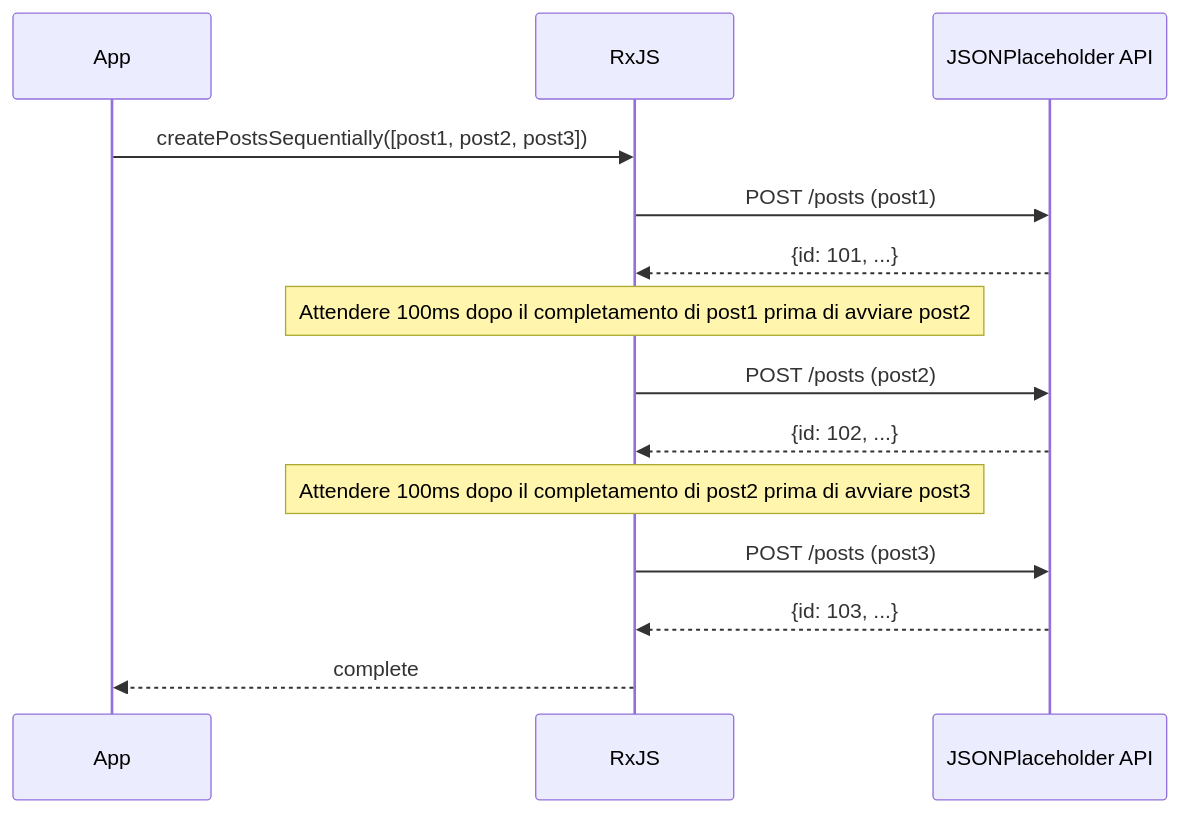
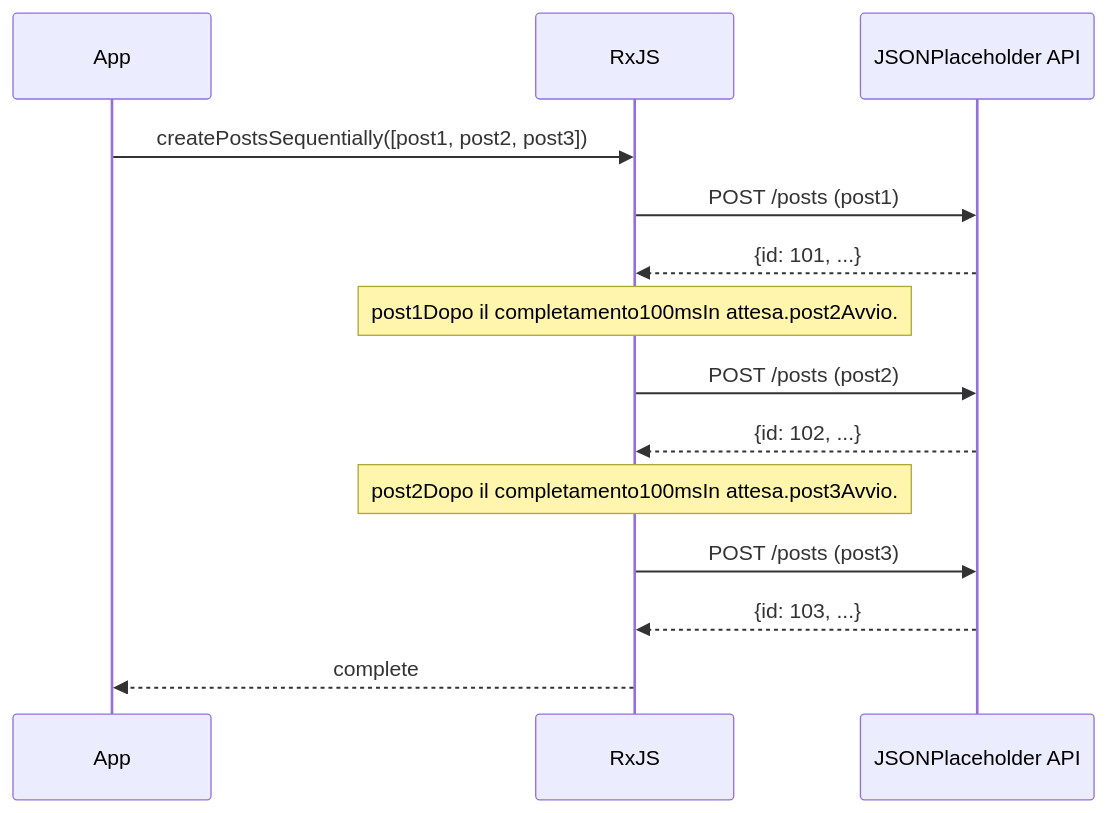
The second of 2 diagrams in docs/it/guide/practical-patterns/api-calls.md (shuji-bonji/RxJS-with-TypeScript), drawn with Mermaid before and after one commit. The commit also changed other lines of this file and 61 other files, not shown here.

````diff
--- a/docs/it/guide/practical-patterns/api-calls.md
+++ b/docs/it/guide/practical-patterns/api-calls.md
@@ -425,21 +589,21 @@
 ```mermaid
 sequenceDiagram
     participant App
     participant RxJS
     participant API as JSONPlaceholder API
 
     App->>RxJS: createPostsSequentially([post1, post2, post3])
 
     RxJS->>API: POST /posts (post1)
     API-->>RxJS: {id: 101, ...}
-    Note over RxJS: Attendere 100ms dopo il completamento di post1 prima di avviare post2
+    Note over RxJS: post1Dopo il completamento100msIn attesa.post2Avvio.
 
     RxJS->>API: POST /posts (post2)
     API-->>RxJS: {id: 102, ...}
-    Note over RxJS: Attendere 100ms dopo il completamento di post2 prima di avviare post3
+    Note over RxJS: post2Dopo il completamento100msIn attesa.post3Avvio.
 
     RxJS->>API: POST /posts (post3)
     API-->>RxJS: {id: 103, ...}
 
     RxJS-->>App: complete
 ```
````
